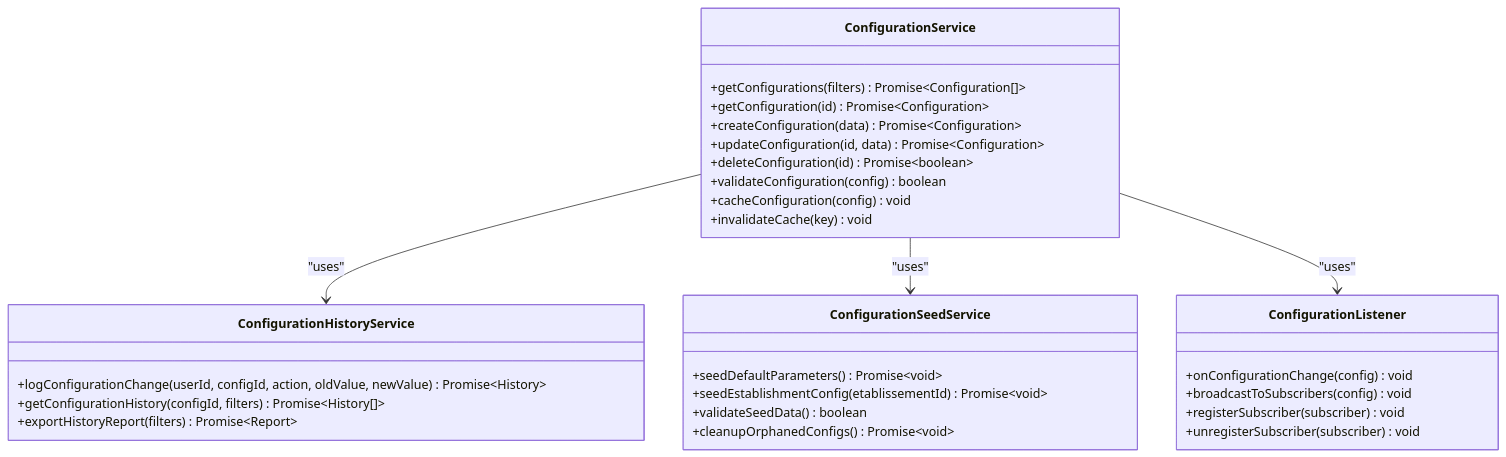
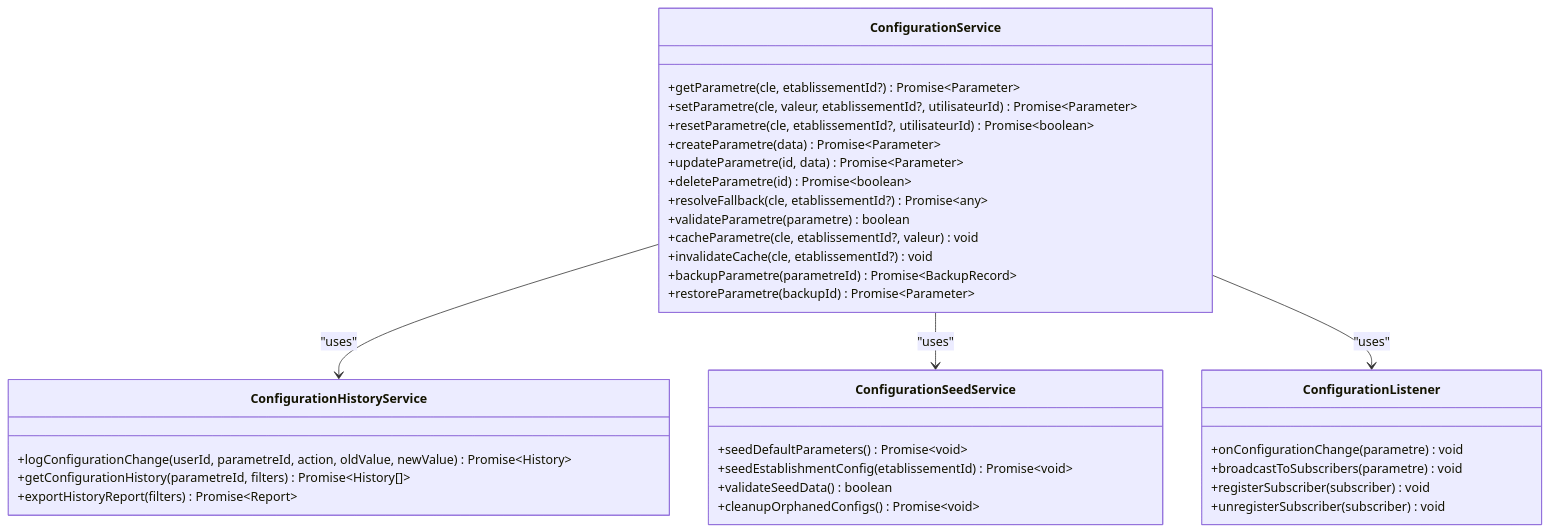
Before and after one commit to franckylab/eLISAschool: the fourth of 6 diagrams in .qoder/repowiki/en/content/Getting Started/Complete Configuration Coverage.md, drawn with Mermaid. The commit also changed other lines of this file and 281 other files, not shown here.

````diff
--- a/.qoder/repowiki/en/content/Getting Started/Complete Configuration Coverage.md
+++ b/.qoder/repowiki/en/content/Getting Started/Complete Configuration Coverage.md
@@ -222,33 +268,37 @@
 ```mermaid
 classDiagram
 class ConfigurationService {
-+getConfigurations(filters) Promise~Configuration[]~
-+getConfiguration(id) Promise~Configuration~
-+createConfiguration(data) Promise~Configuration~
-+updateConfiguration(id, data) Promise~Configuration~
-+deleteConfiguration(id) Promise~boolean~
-+validateConfiguration(config) boolean
-+cacheConfiguration(config) void
-+invalidateCache(key) void
++getParametre(cle, etablissementId?) Promise~Parameter~
++setParametre(cle, valeur, etablissementId?, utilisateurId) Promise~Parameter~
++resetParametre(cle, etablissementId?, utilisateurId) Promise~boolean~
++createParametre(data) Promise~Parameter~
++updateParametre(id, data) Promise~Parameter~
++deleteParametre(id) Promise~boolean~
++resolveFallback(cle, etablissementId?) Promise~any~
++validateParametre(parametre) boolean
++cacheParametre(cle, etablissementId?, valeur) void
++invalidateCache(cle, etablissementId?) void
++backupParametre(parametreId) Promise~BackupRecord~
++restoreParametre(backupId) Promise~Parameter~
 }
 class ConfigurationHistoryService {
-+logConfigurationChange(userId, configId, action, oldValue, newValue) Promise~History~
-+getConfigurationHistory(configId, filters) Promise~History[]~
++logConfigurationChange(userId, parametreId, action, oldValue, newValue) Promise~History~
++getConfigurationHistory(parametreId, filters) Promise~History[]~
 +exportHistoryReport(filters) Promise~Report~
 }
 class ConfigurationSeedService {
 +seedDefaultParameters() Promise~void~
 +seedEstablishmentConfig(etablissementId) Promise~void~
 +validateSeedData() boolean
 +cleanupOrphanedConfigs() Promise~void~
 }
 class ConfigurationListener {
-+onConfigurationChange(config) void
-+broadcastToSubscribers(config) void
++onConfigurationChange(parametre) void
++broadcastToSubscribers(parametre) void
 +registerSubscriber(subscriber) void
 +unregisterSubscriber(subscriber) void
 }
 ConfigurationService --> ConfigurationHistoryService : "uses"
 ConfigurationService --> ConfigurationSeedService : "uses"
 ConfigurationService --> ConfigurationListener : "uses"
 ```
````
